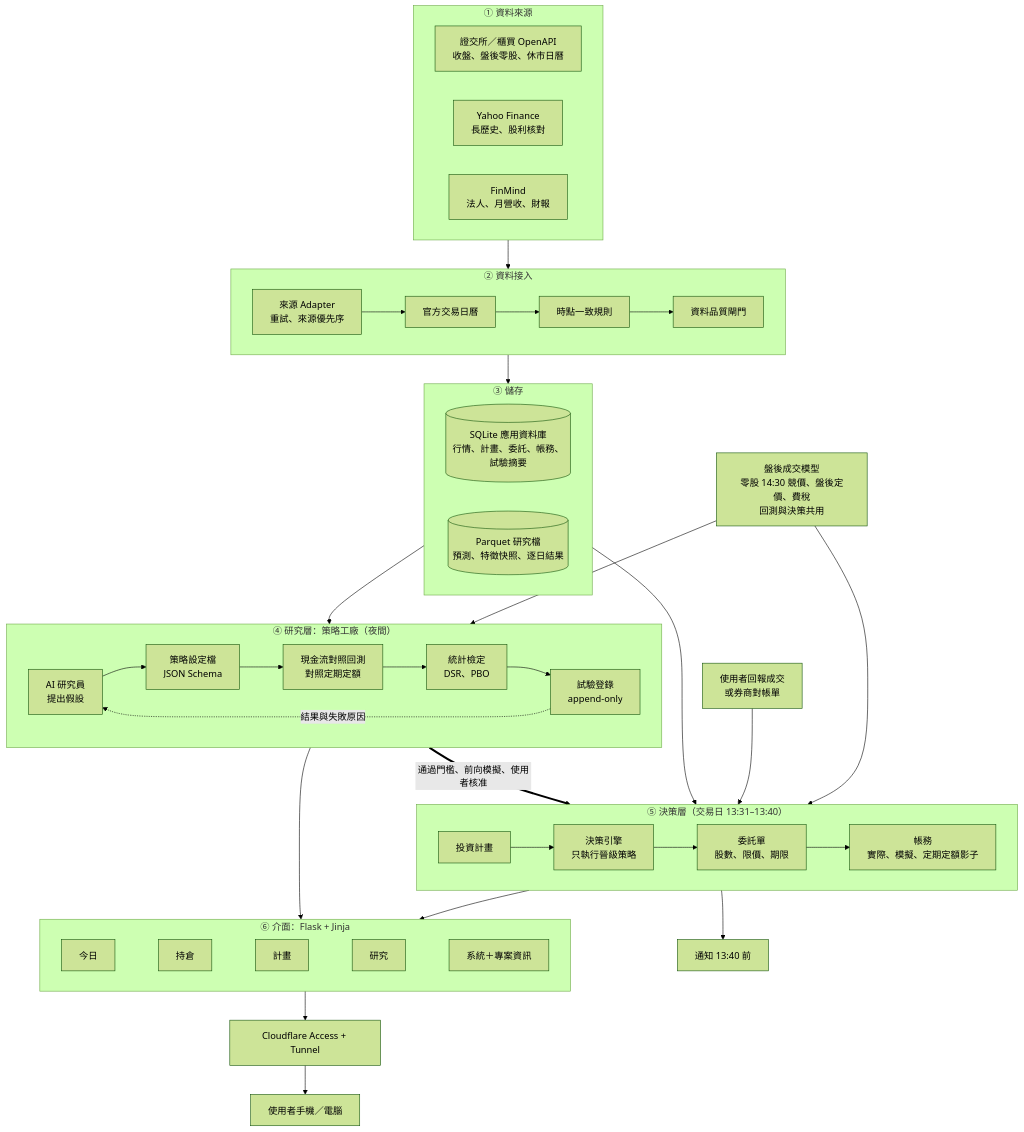
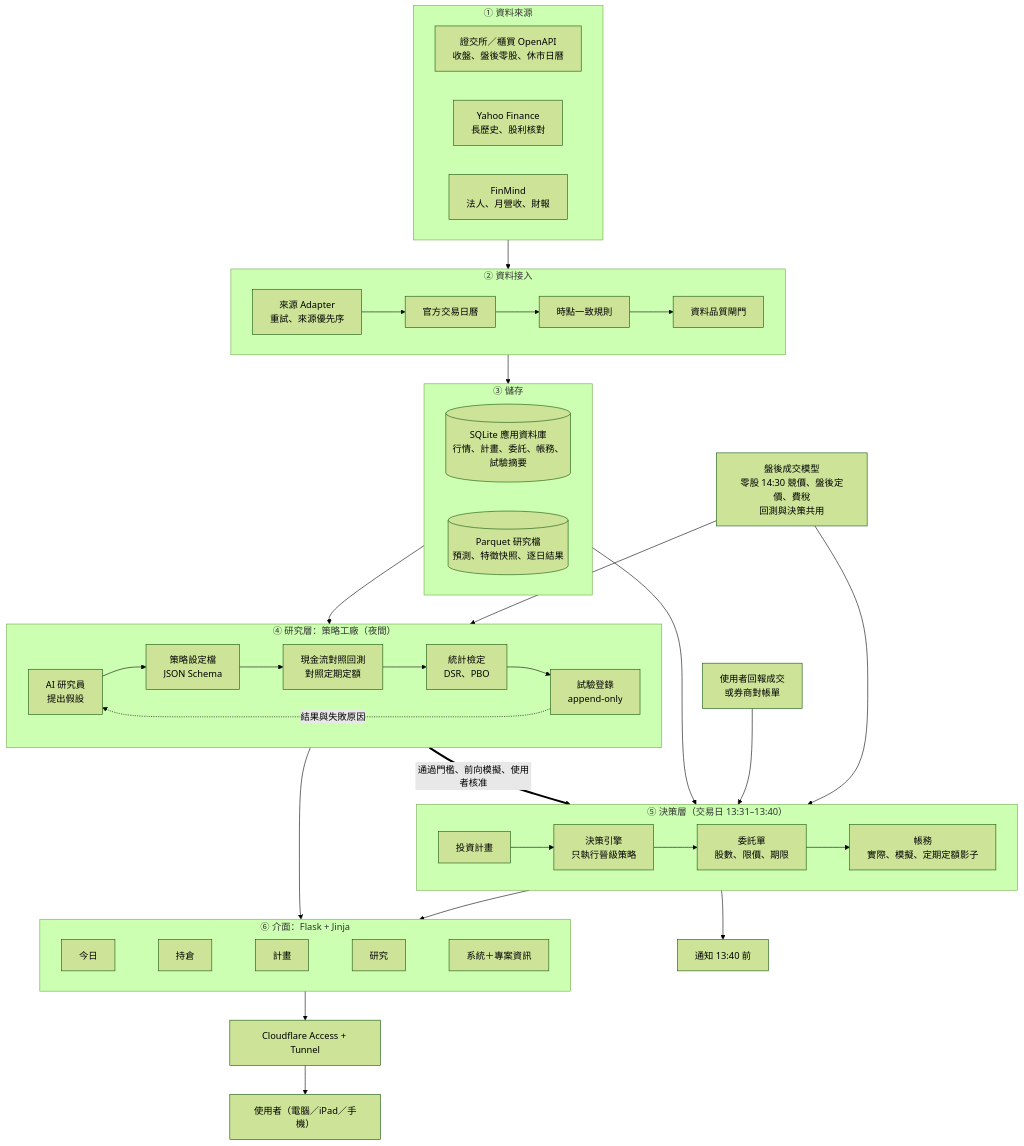
Before and after one commit to ryan73093/StockResearch: the first of 6 diagrams in docs/system_architecture.md, drawn with Mermaid (forest theme). The commit also changed other lines of this file and 22 other files, not shown here.

````diff
--- a/docs/system_architecture.md
+++ b/docs/system_architecture.md
@@ -25,55 +27,55 @@
 ```mermaid
 flowchart TB
     subgraph SRC["① 資料來源"]
       direction LR
       TWSE["證交所／櫃買 OpenAPI<br/>收盤、盤後零股、休市日曆"]
       YAHOO["Yahoo Finance<br/>長歷史、股利核對"]
       FINMIND["FinMind<br/>法人、月營收、財報"]
     end
 
     subgraph INGEST["② 資料接入"]
       direction LR
       ADAPT["來源 Adapter<br/>重試、來源優先序"] --> CAL["官方交易日曆"] --> PIT["時點一致規則"] --> GATE["資料品質閘門"]
     end
 
     subgraph STORE["③ 儲存"]
       direction LR
       APPDB[("SQLite 應用資料庫<br/>行情、計畫、委託、帳務、試驗摘要")]
       PARQ[("Parquet 研究檔<br/>預測、特徵快照、逐日結果")]
     end
 
     subgraph RESEARCH["④ 研究層：策略工廠（夜間）"]
       direction LR
       AGENT["AI 研究員<br/>提出假設"] --> SPEC["策略設定檔<br/>JSON Schema"] --> BT["現金流對照回測<br/>對照定期定額"] --> STATS["統計檢定<br/>DSR、PBO"] --> TRIAL["試驗登錄<br/>append-only"]
       TRIAL -.結果與失敗原因.-> AGENT
     end
 
     EXEC["盤後成交模型<br/>零股 14:30 競價、盤後定價、費稅<br/>回測與決策共用"]
 
     subgraph DECIDE["⑤ 決策層（交易日 13:31–13:40）"]
       direction LR
       PLAN["投資計畫"] --> ENGINE["決策引擎<br/>只執行晉級策略"] --> TICKET["委託單<br/>股數、限價、期限"] --> LEDGER["帳務<br/>實際、模擬、定期定額影子"]
     end
 
     subgraph WEB["⑥ 介面：Flask + Jinja"]
       direction LR
       TODAY["今日"] ~~~ HOLD["持倉"] ~~~ PLANPG["計畫"] ~~~ LAB["研究"] ~~~ SYS["系統＋專案資訊"]
     end
 
     FILL["使用者回報成交<br/>或券商對帳單"]
     NOTIFY["通知 13:40 前"]
     CF["Cloudflare Access + Tunnel"]
-    PHONE["使用者手機／電腦"]
+    PHONE["使用者（電腦／iPad／手機）"]
 
     SRC --> INGEST --> STORE
     STORE --> RESEARCH
     STORE --> DECIDE
     EXEC --> BT
     EXEC --> ENGINE
     TRIAL ==>|通過門檻、前向模擬、使用者核准| ENGINE
     FILL --> LEDGER
     TICKET --> NOTIFY
     DECIDE --> WEB
     RESEARCH --> WEB
     WEB --> CF --> PHONE
 ```
````
